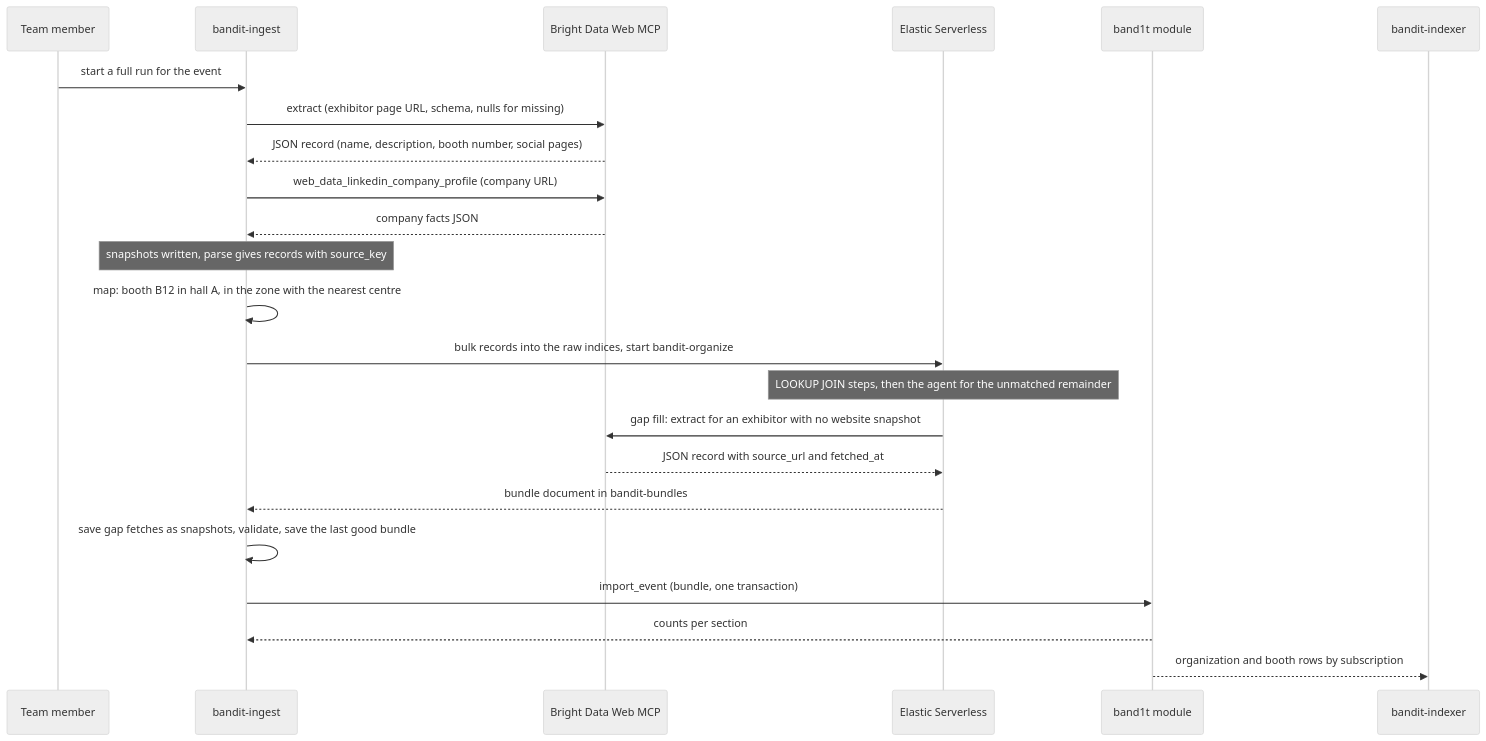
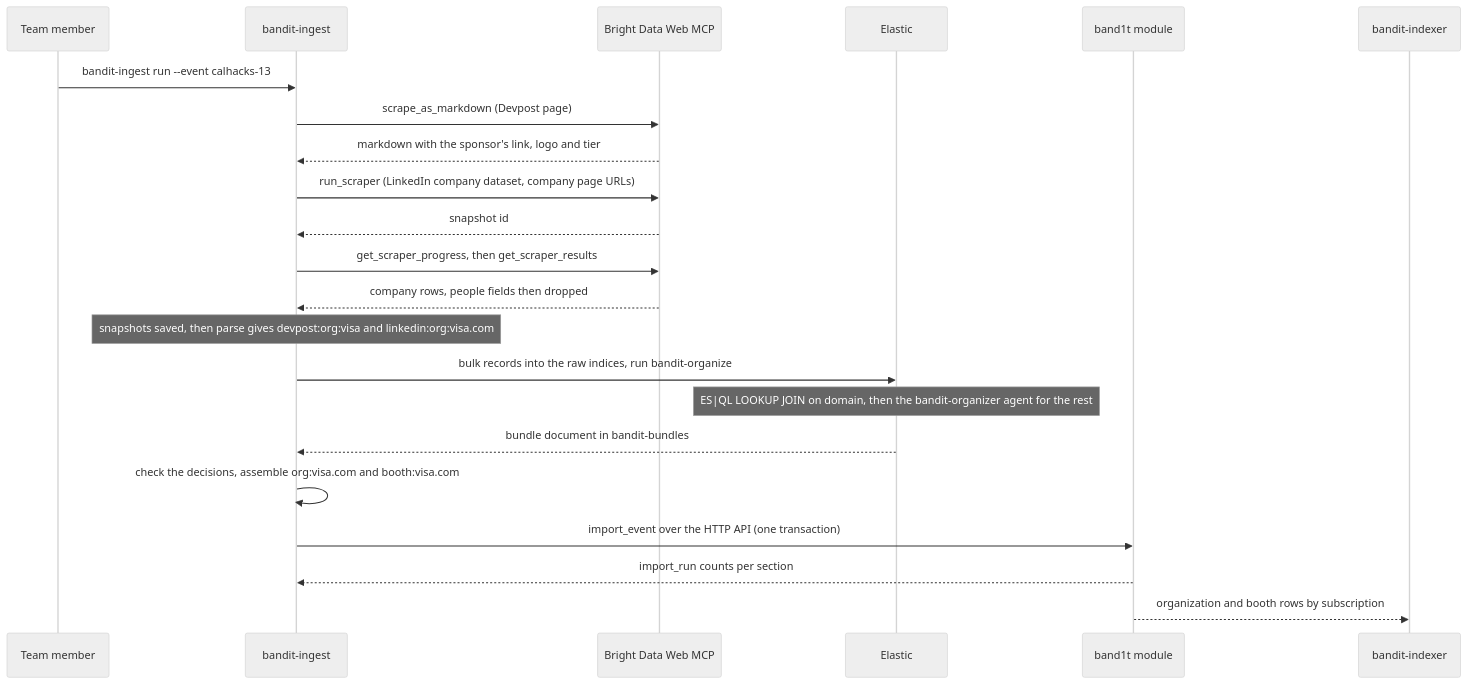
One commit to viktorinkov/cal-hacks-13 changed the sixth of 6 diagrams in System Design/7-integrations/Bright-Data.md. Above: the diagram before and after it, drawn with Mermaid (neutral theme). The commit also changed other lines of this file and 5 other files, not shown here.

````diff
--- a/System Design/7-integrations/Bright-Data.md
+++ b/System Design/7-integrations/Bright-Data.md
@@ -365,25 +338,24 @@
 ```mermaid
 sequenceDiagram
   participant OP as Team member
   participant ING as bandit-ingest
   participant BD as Bright Data Web MCP
-  participant ES as Elastic Serverless
+  participant ES as Elastic
   participant STDB as band1t module
   participant IDX as bandit-indexer
-  OP->>ING: start a full run for the event
-  ING->>BD: extract (exhibitor page URL, schema, nulls for missing)
-  BD-->>ING: JSON record (name, description, booth number, social pages)
-  ING->>BD: web_data_linkedin_company_profile (company URL)
-  BD-->>ING: company facts JSON
-  Note over ING: snapshots written, parse gives records with source_key
-  ING->>ING: map: booth B12 in hall A, in the zone with the nearest centre
-  ING->>ES: bulk records into the raw indices, start bandit-organize
-  Note over ES: LOOKUP JOIN steps, then the agent for the unmatched remainder
-  ES->>BD: gap fill: extract for an exhibitor with no website snapshot
-  BD-->>ES: JSON record with source_url and fetched_at
+  OP->>ING: bandit-ingest run --event calhacks-13
+  ING->>BD: scrape_as_markdown (Devpost page)
+  BD-->>ING: markdown with the sponsor's link, logo and tier
+  ING->>BD: run_scraper (LinkedIn company dataset, company page URLs)
+  BD-->>ING: snapshot id
+  ING->>BD: get_scraper_progress, then get_scraper_results
+  BD-->>ING: company rows, people fields then dropped
+  Note over ING: snapshots saved, then parse gives devpost:org:visa and linkedin:org:visa.com
+  ING->>ES: bulk records into the raw indices, run bandit-organize
+  Note over ES: ES|QL LOOKUP JOIN on domain, then the bandit-organizer agent for the rest
   ES-->>ING: bundle document in bandit-bundles
-  ING->>ING: save gap fetches as snapshots, validate, save the last good bundle
-  ING->>STDB: import_event (bundle, one transaction)
-  STDB-->>ING: counts per section
+  ING->>ING: check the decisions, assemble org:visa.com and booth:visa.com
+  ING->>STDB: import_event over the HTTP API (one transaction)
+  STDB-->>ING: import_run counts per section
   STDB-->>IDX: organization and booth rows by subscription
 ```
````
